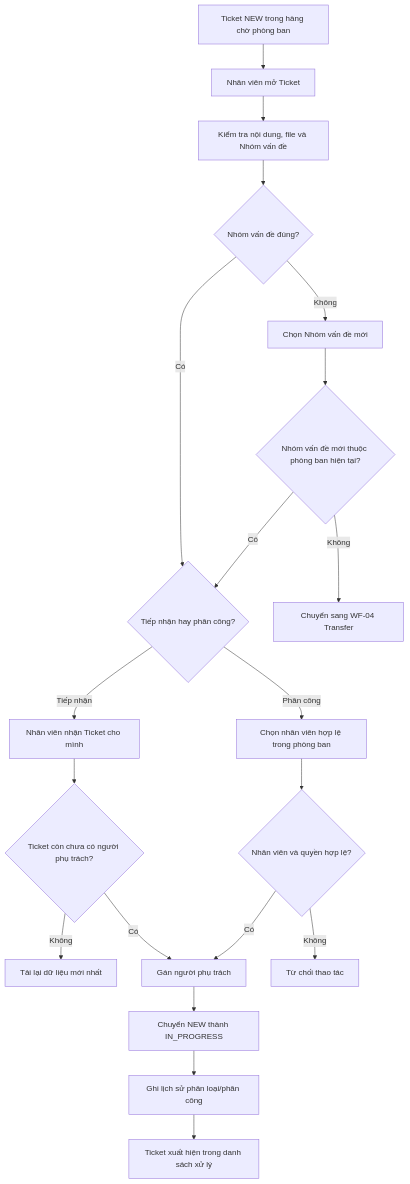
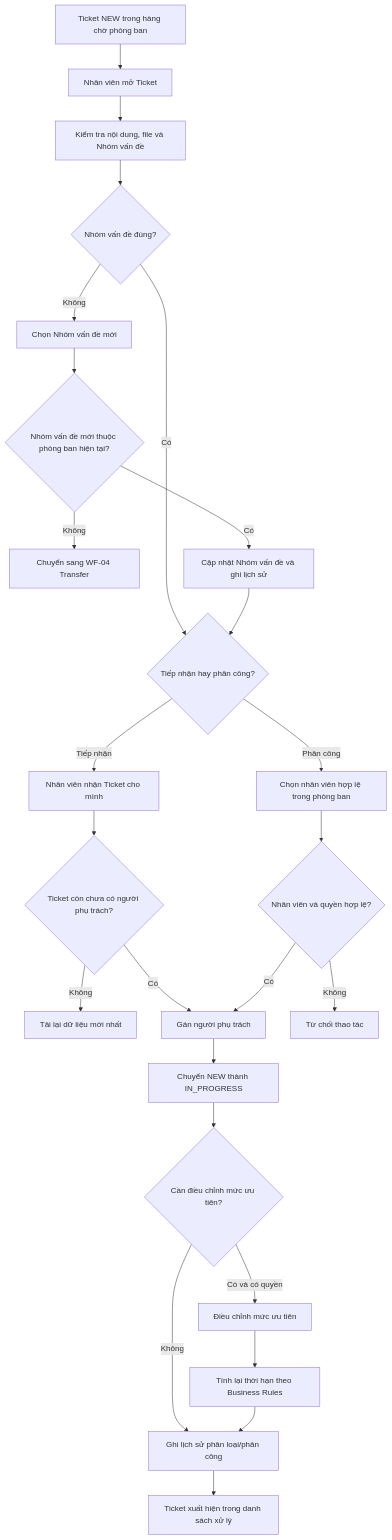
The diagram in 04-workflows/WF-02-claim-and-triage.md (trvannhan/unisupport-docs), drawn with Mermaid before and after one commit. The commit also changed other lines of this file, not shown here.

Commit message:
Polish WF-02-claim-and-triage.md after workflow consistency review

````diff
--- a/04-workflows/WF-02-claim-and-triage.md
+++ b/04-workflows/WF-02-claim-and-triage.md
@@ -9,27 +9,32 @@
 ```mermaid
 flowchart TD
     A[Ticket NEW trong hàng chờ phòng ban] --> B[Nhân viên mở Ticket]
     B --> C[Kiểm tra nội dung, file và Nhóm vấn đề]
     C --> D{Nhóm vấn đề đúng?}
 
     D -->|Có| H{Tiếp nhận hay phân công?}
     D -->|Không| E[Chọn Nhóm vấn đề mới]
     E --> F{Nhóm vấn đề mới thuộc phòng ban hiện tại?}
     F -->|Không| G[Chuyển sang WF-04 Transfer]
-    F -->|Có| H
+    F -->|Có| S[Cập nhật Nhóm vấn đề và ghi lịch sử]
+    S --> H
 
     H -->|Tiếp nhận| I[Nhân viên nhận Ticket cho mình]
     H -->|Phân công| J[Chọn nhân viên hợp lệ trong phòng ban]
 
     I --> K{Ticket còn chưa có người phụ trách?}
     J --> L{Nhân viên và quyền hợp lệ?}
 
     K -->|Không| M[Tải lại dữ liệu mới nhất]
     K -->|Có| N[Gán người phụ trách]
     L -->|Không| O[Từ chối thao tác]
     L -->|Có| N
 
     N --> P[Chuyển NEW thành IN_PROGRESS]
-    P --> Q[Ghi lịch sử phân loại/phân công]
-    Q --> R[Ticket xuất hiện trong danh sách xử lý]
+    P --> Q{Cần điều chỉnh mức ưu tiên?}
+    Q -->|Không| R[Ghi lịch sử phân loại/phân công]
+    Q -->|Có và có quyền| T[Điều chỉnh mức ưu tiên]
+    T --> U[Tính lại thời hạn theo Business Rules]
+    U --> R
+    R --> V[Ticket xuất hiện trong danh sách xử lý]
 ```
````
